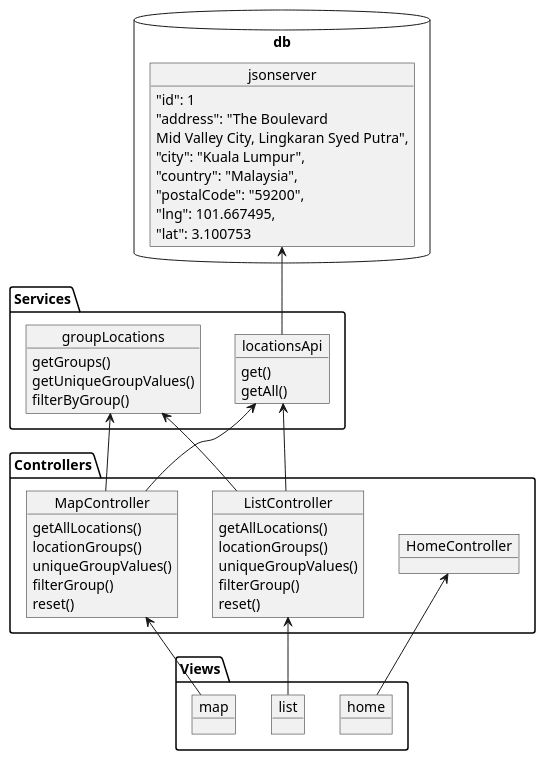
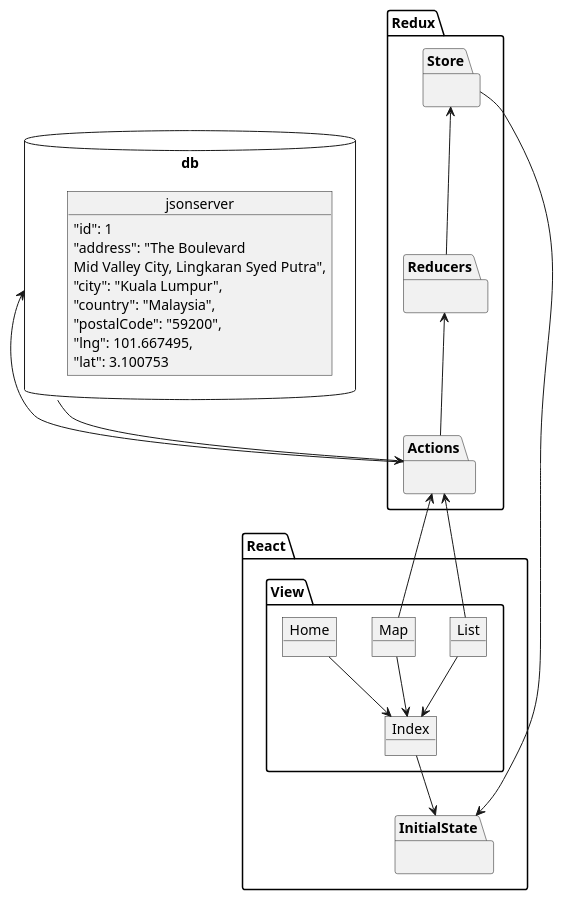
The diagram in app.puml (aaronmyatt/baeapp), drawn with PlantUML before and after one commit. The commit also changed 80 other files, not shown here.

```diff
--- a/app.puml
+++ b/app.puml
@@ -1,72 +1,60 @@
 package db <<database>> {
     object jsonserver {
       "id": 1
       "address": "The Boulevard\nMid Valley City, Lingkaran Syed Putra",
       "city": "Kuala Lumpur",
       "country": "Malaysia",
       "postalCode": "59200",
       "lng": 101.667495,
       "lat": 3.100753
     }
 }
 
-package Services {
-
-    object locationsApi {
-        get()
-        getAll()
-    }
-
-    object groupLocations {
-        getGroups()
-        getUniqueGroupValues()
-        filterByGroup()
-    }
-}
-
-package Controllers {
-    object HomeController {
+package Redux {
+    package Actions {
 
     }
 
-    object ListController {
-        getAllLocations()
-        locationGroups()
-        uniqueGroupValues()
-        filterGroup()
-        reset()
-    }
-
-    object MapController {
-        getAllLocations()
-        locationGroups()
-        uniqueGroupValues()
-        filterGroup()
-        reset()
-    }
-}
-
-package Views {
-    object home {
+    package Reducers {
 
     }
 
-    object list {
-
-    }
-
-    object map {
+    package Store {
 
     }
 }
 
-jsonserver <-- locationsApi
+package React {
 
-locationsApi <-- ListController
-locationsApi <-- MapController
-groupLocations <-- ListController
-groupLocations <-- MapController
+    package InitialState {
 
-HomeController <-- home
-ListController <-- list
-MapController <-- map
+    }
+
+    package View {
+
+        object Index {
+
+        }
+
+        object Home
+        object Map
+        object List
+
+    }
+
+}
+
+
+Reducers <-- Actions
+Store <-- Reducers
+
+InitialState <-up- Index
+Index <-up- Home
+Index <-up- Map
+Index <-up- List
+
+Actions <-- Map
+Actions <-- List
+db <-- Actions
+db --> Actions
+InitialState <-- Store
```
